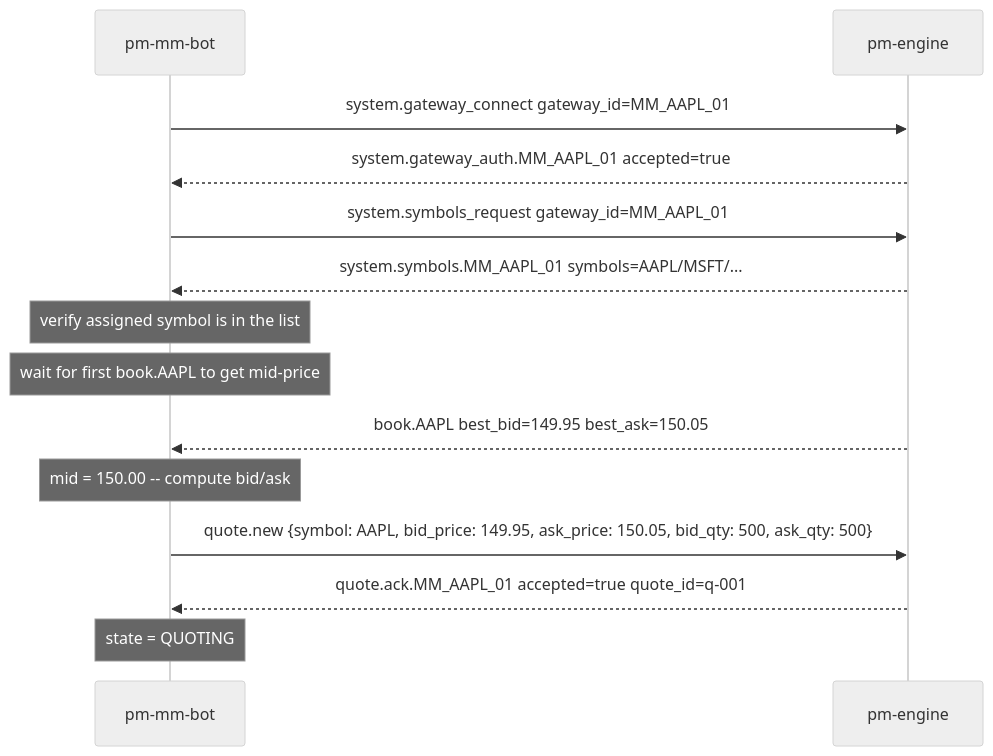
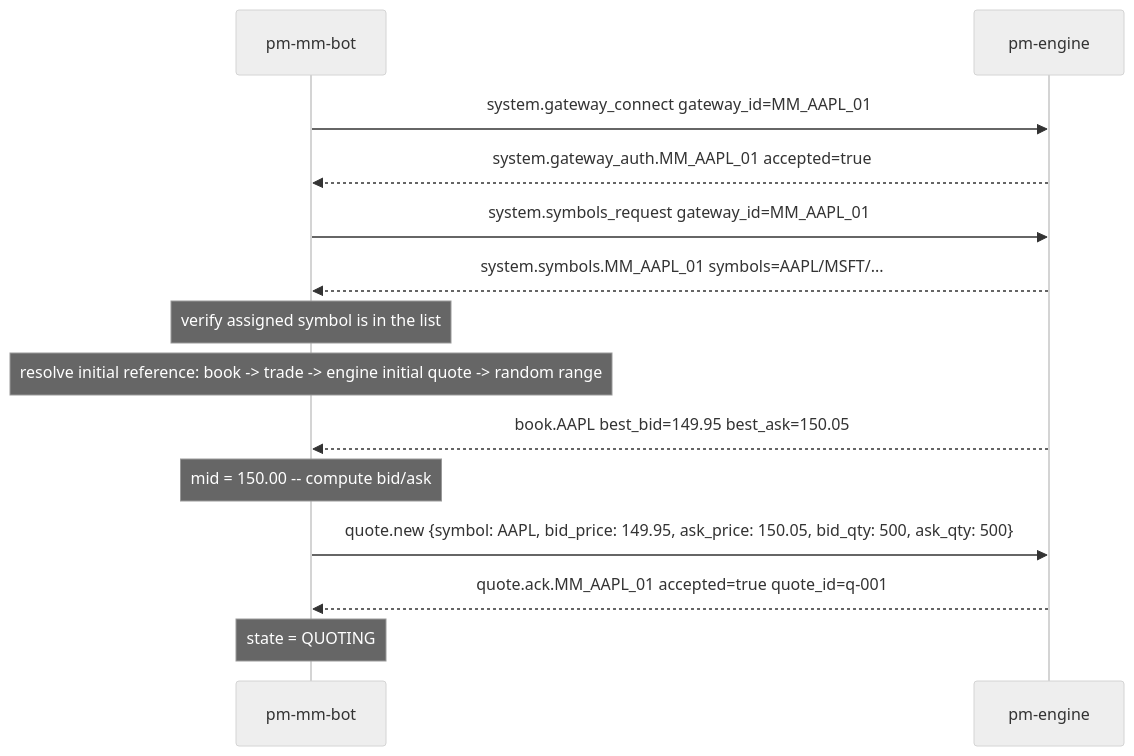
One commit to johan162/EduMatcher changed the third of 6 diagrams in docs-design/EduMatcher-MM-bots.md. Above: the diagram before and after it, drawn with Mermaid (neutral theme). The commit also changed other lines of this file and 10 other files, not shown here.

Commit message:
Added QBOOT command and message to find out initial Quote status in a new book

````diff
--- a/docs-design/EduMatcher-MM-bots.md
+++ b/docs-design/EduMatcher-MM-bots.md
@@ -263,17 +267,17 @@
 ```mermaid
 sequenceDiagram
     participant B as pm-mm-bot
     participant E as pm-engine
 
     B->>E: system.gateway_connect gateway_id=MM_AAPL_01
     E-->>B: system.gateway_auth.MM_AAPL_01 accepted=true
     B->>E: system.symbols_request gateway_id=MM_AAPL_01
     E-->>B: system.symbols.MM_AAPL_01 symbols=AAPL/MSFT/...
     Note over B: verify assigned symbol is in the list
-    Note over B: wait for first book.AAPL to get mid-price
+    Note over B: resolve initial reference: book -> trade -> engine initial quote -> random range
     E-->>B: book.AAPL best_bid=149.95 best_ask=150.05
     Note over B: mid = 150.00 -- compute bid/ask
     B->>E: quote.new {symbol: AAPL, bid_price: 149.95, ask_price: 150.05, bid_qty: 500, ask_qty: 500}
     E-->>B: quote.ack.MM_AAPL_01 accepted=true quote_id=q-001
     Note over B: state = QUOTING
 ```
````
